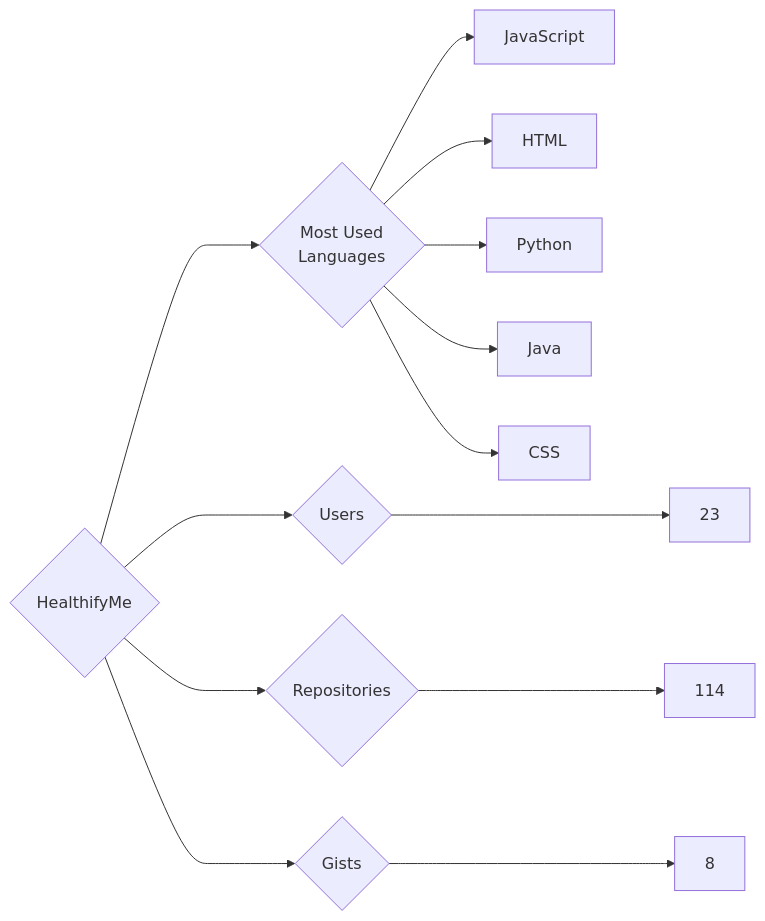
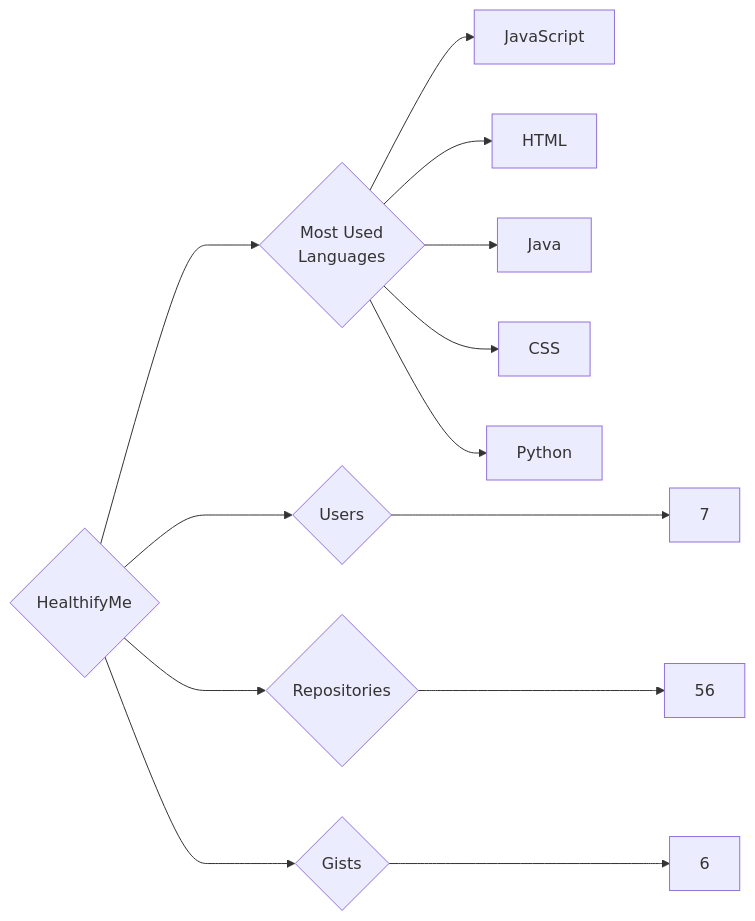
Before and after one commit to trickest/insiders: the diagram in targets/HealthifyMe/README.md, drawn with Mermaid. The commit also changed 745 other files, not shown here.

````diff
--- a/targets/HealthifyMe/README.md
+++ b/targets/HealthifyMe/README.md
@@ -3,13 +3,13 @@
 ```mermaid
 graph LR
 COMPANY_NAME{HealthifyMe}
-COMPANY_NAME ---> U{Users} ---> UN[23]
-COMPANY_NAME ---> R{Repositories} ---> RN[114]
-COMPANY_NAME ---> G{Gists} ---> GN[8]
+COMPANY_NAME ---> U{Users} ---> UN[7]
+COMPANY_NAME ---> R{Repositories} ---> RN[56]
+COMPANY_NAME ---> G{Gists} ---> GN[6]
 COMPANY_NAME ---> ML{Most Used<br>Languages}
 ML --> JavaScript[JavaScript]
 ML --> HTML[HTML]
-ML --> Python[Python]
 ML --> Java[Java]
 ML --> CSS[CSS]
+ML --> Python[Python]
 ```
````
